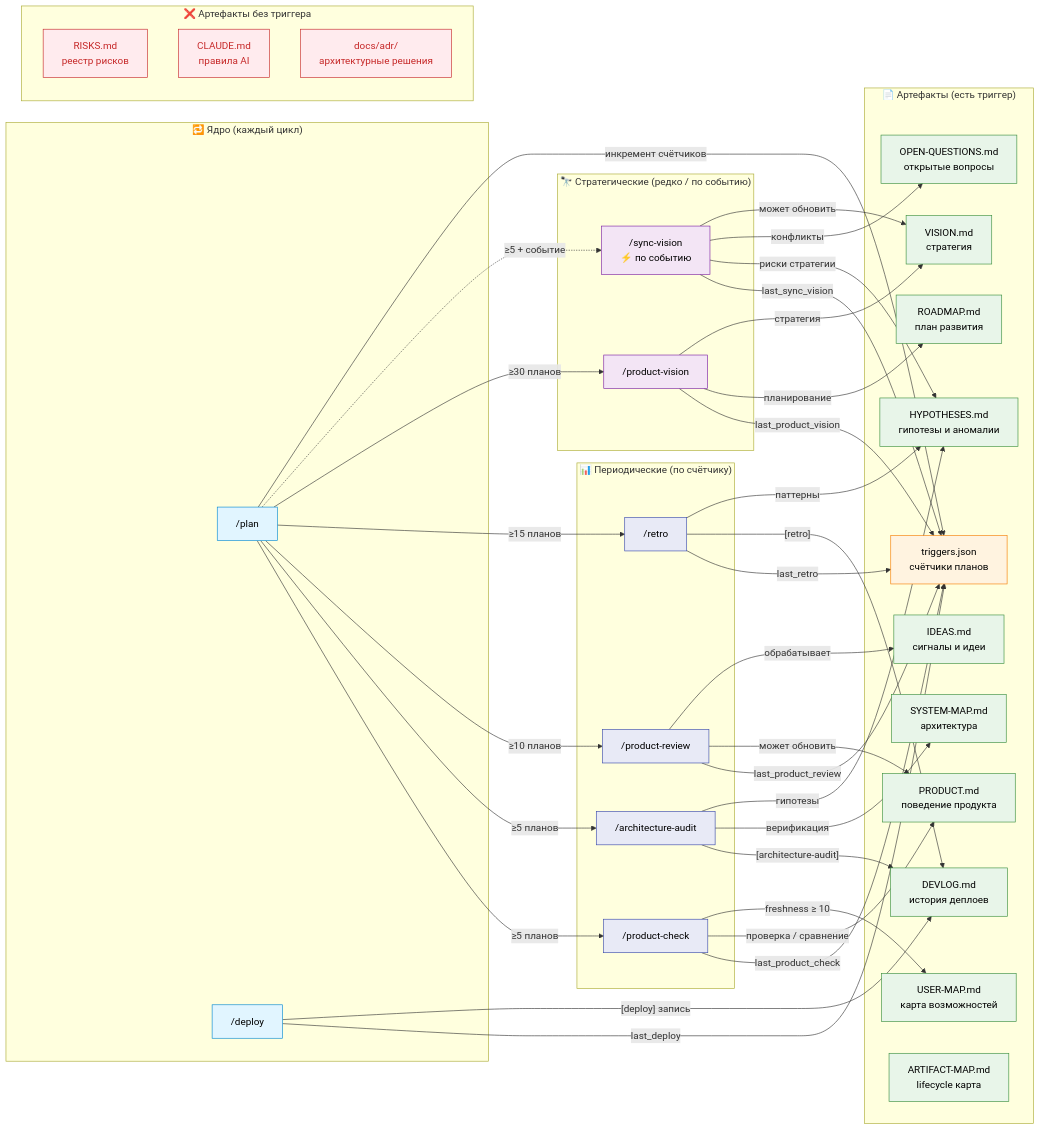
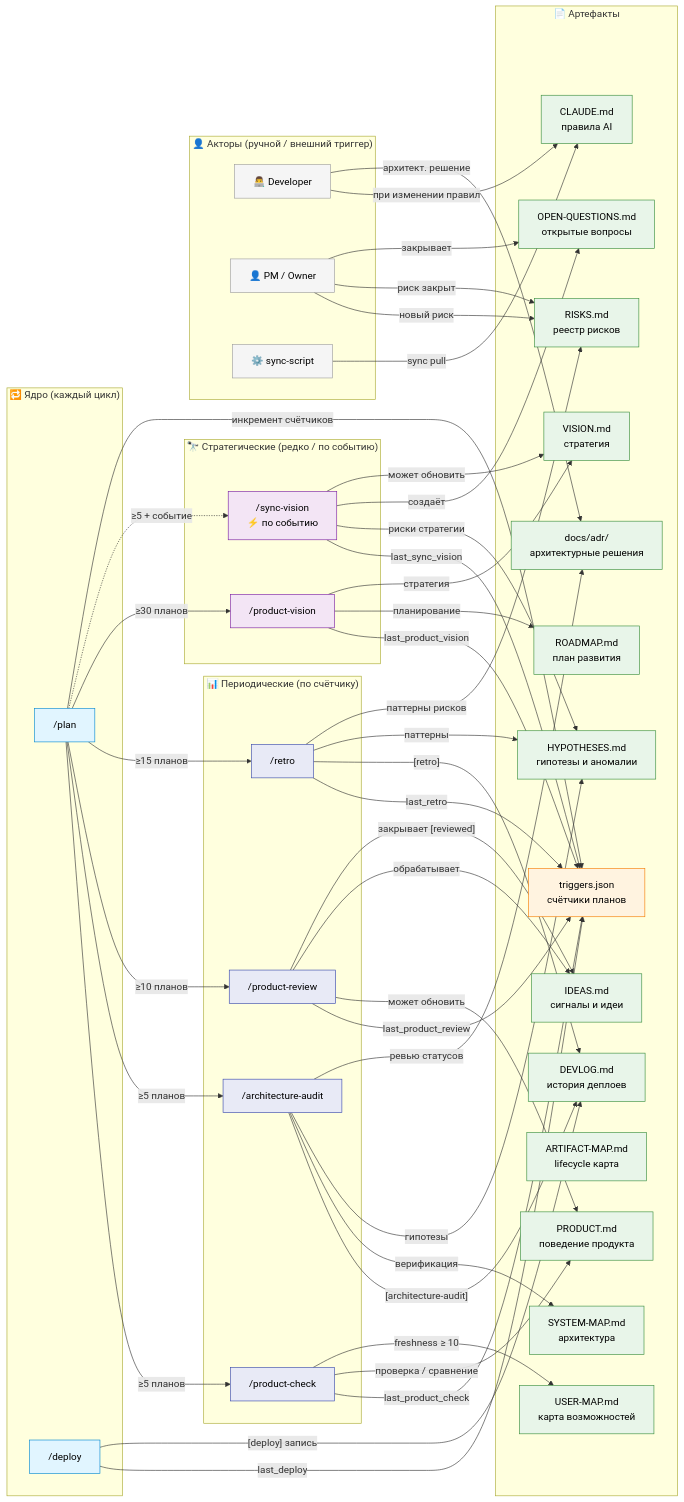
The diagram in templates/ARTIFACT-MAP.template.md (cait-solutions/it-dev-methodology), drawn with Mermaid before and after one commit. The commit also changed other lines of this file and 4 other files, not shown here.

Commit message:
feat(phase-bb1): ARTIFACT-MAP — Actors, full lifecycle, CRUD events [methodology][feat:template] v3.13.0

````diff
--- a/templates/ARTIFACT-MAP.template.md
+++ b/templates/ARTIFACT-MAP.template.md
@@ -17,8 +17,10 @@
     classDef periodic fill:#e8eaf6,stroke:#3949ab,color:#000
     classDef strategic fill:#f3e5f5,stroke:#7b1fa2,color:#000
     classDef ok fill:#e8f5e9,stroke:#388e3c,color:#000
-    classDef gap fill:#ffebee,stroke:#c62828,color:#c62828
     classDef state fill:#fff3e0,stroke:#f57c00,color:#000
+    classDef actor fill:#f5f5f5,stroke:#9e9e9e,color:#000
+    %% Бизнес-события CRUD (раскомментируй для marketplace/ERP):
+    %% classDef event fill:#fce4ec,stroke:#e91e63,color:#000
 
     subgraph CoreWF["🔁 Ядро (каждый цикл)"]
         Plan["/plan"]:::core
@@ -37,10 +39,24 @@
         SyncV["/sync-vision<br/>⚡ по событию"]:::strategic
     end
 
-    subgraph Live["📄 Артефакты (есть триггер)"]
+    subgraph Actors["👤 Акторы (ручной / внешний триггер)"]
+        Dev["👨‍💻 Developer"]:::actor
+        Owner["👤 PM / Owner"]:::actor
+        Sync["⚙️ sync-script"]:::actor
+        %% Добавь акторов проекта:
+        %% Role1["👤 [TODO: роль]"]:::actor
+    end
+
+    %% Бизнес-события CRUD (marketplace, ERP — раскомментируй если нужно):
+    %% subgraph Events["⚡ Бизнес-события (CRUD)"]
+    %%     EV1["⚡ [TODO: событие]<br/>напр. order.created"]:::event
+    %%     EV2["⚡ [TODO: событие]<br/>напр. invoice.approved"]:::event
+    %% end
+
+    subgraph Live["📄 Артефакты"]
         TJ["triggers.json<br/>счётчики планов"]:::state
         DL["DEVLOG.md<br/>история деплоев"]:::ok
-        PM["PRODUCT.md<br/>поведение продукта"]:::ok
+        PROD["PRODUCT.md<br/>поведение продукта"]:::ok
         UM["USER-MAP.md<br/>карта возможностей"]:::ok
         SM["SYSTEM-MAP.md<br/>архитектура"]:::ok
         HY["HYPOTHESES.md<br/>гипотезы и аномалии"]:::ok
@@ -49,15 +65,11 @@
         RM["ROADMAP.md<br/>план развития"]:::ok
         VI["VISION.md<br/>стратегия"]:::ok
         AM["ARTIFACT-MAP.md<br/>lifecycle карта"]:::ok
+        RISKS["RISKS.md<br/>реестр рисков"]:::ok
+        CLM["CLAUDE.md<br/>правила AI"]:::ok
+        ADR["docs/adr/<br/>архитектурные решения"]:::ok
         %% Добавь проектные артефакты:
         %% Custom1["[TODO: артефакт]<br/>[TODO: назначение]"]:::ok
-    end
-
-    subgraph Stale["❌ Артефакты без триггера"]
-        RISKS["RISKS.md<br/>реестр рисков"]:::gap
-        CLM["CLAUDE.md<br/>правила AI"]:::gap
-        ADR["docs/adr/<br/>архитектурные решения"]:::gap
-        %% CustomGap["[TODO: артефакт без триггера]"]:::gap
     end
 
     Plan -->|"≥5 планов"| PCheck
@@ -83,19 +95,34 @@
     Arch -->|"[architecture-audit]"| DL
     Retro -->|"[retro]"| DL
 
-    PCheck -->|"проверка / сравнение"| PM
-    PReview -->|"может обновить"| PM
+    PCheck -->|"проверка / сравнение"| PROD
+    PReview -->|"может обновить"| PROD
     PCheck -->|"freshness ≥ 10"| UM
     Arch -->|"верификация"| SM
     Arch -->|"гипотезы"| HY
     Retro -->|"паттерны"| HY
     SyncV -->|"риски стратегии"| HY
-    SyncV -->|"конфликты"| OQ
+    SyncV -->|"создаёт"| OQ
     PReview -->|"обрабатывает"| ID
     PVision -->|"планирование"| RM
     PVision -->|"стратегия"| VI
     SyncV -->|"может обновить"| VI
 
-    %% Добавь стрелки для проектных артефактов:
-    %% Plan -->|"[TODO: действие]"| Custom1
+    Retro -->|"паттерны рисков"| RISKS
+    Owner -->|"новый риск"| RISKS
+    Owner -->|"риск закрыт"| RISKS
+    Dev -->|"при изменении правил"| CLM
+    Sync -->|"sync pull"| CLM
+    Dev -->|"архитект. решение"| ADR
+    Arch -->|"ревью статусов"| ADR
+
+    Owner -->|"закрывает"| OQ
+    PReview -->|"закрывает [reviewed]"| ID
+
+    %% Акторы → проектные артефакты (добавь если есть):
+    %% Dev -->|"[TODO: условие]"| Custom1
+    %% Owner -->|"[TODO: условие]"| Custom1
+    %% Бизнес-события → артефакты (CRUD):
+    %% EV1 -->|"lifecycle изменился"| Custom1
+    %% EV2 -->|"статус изменился"| Custom2
 ```
````
